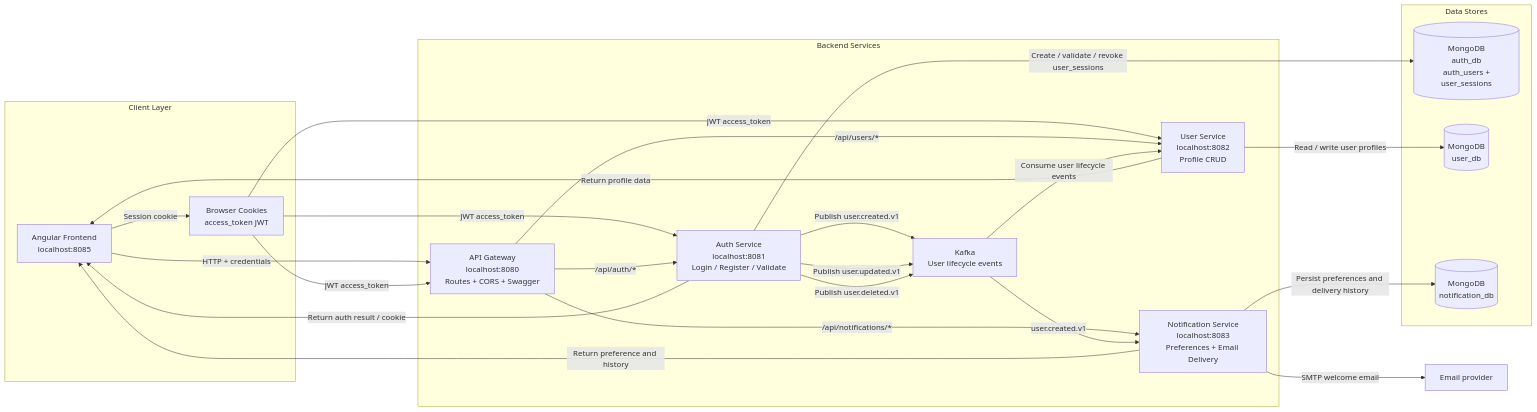
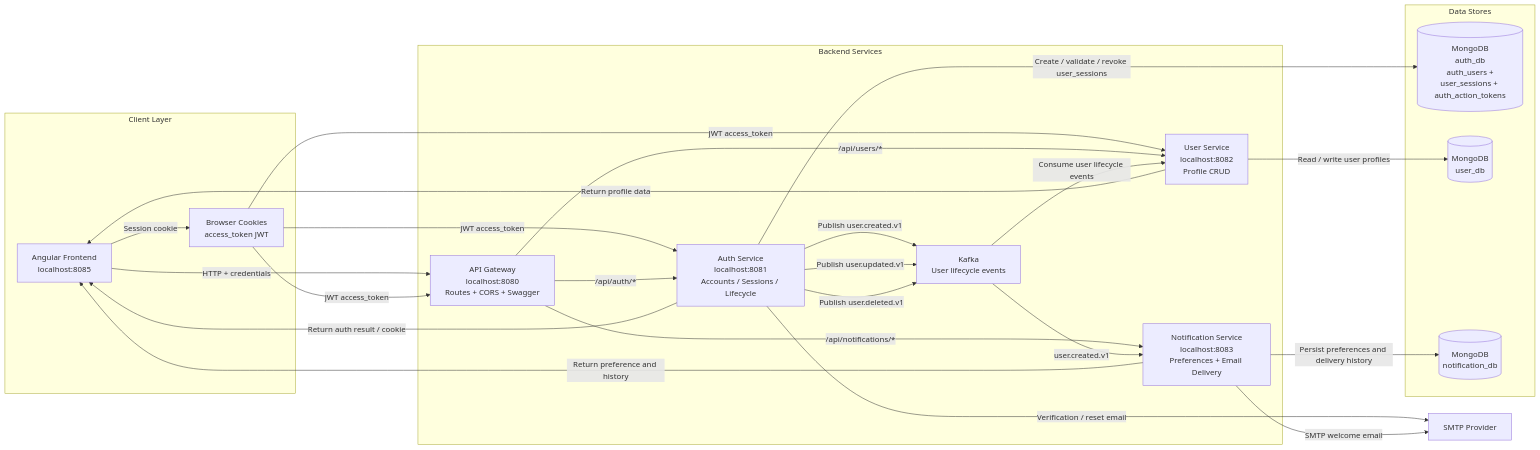
Before and after one commit to manish8561/identiy-hub-services: the first of 3 diagrams in architect.md, drawn with Mermaid. The commit also changed other lines of this file and 1 other file, not shown here.

First line of the commit message:
docs: document account lifecycle feature

````diff
--- a/architect.md
+++ b/architect.md
@@ -7,46 +7,47 @@
 ```mermaid
 flowchart LR
     subgraph Client[Client Layer]
         FE[Angular Frontend\nlocalhost:8085]
         BROWSER[Browser Cookies\naccess_token JWT]
     end
 
     subgraph Backend[Backend Services]
         GW[API Gateway\nlocalhost:8080\nRoutes + CORS + Swagger]
-        AS[Auth Service\nlocalhost:8081\nLogin / Register / Validate]
+        AS[Auth Service\nlocalhost:8081\nAccounts / Sessions / Lifecycle]
         US[User Service\nlocalhost:8082\nProfile CRUD]
         NS[Notification Service\nlocalhost:8083\nPreferences + Email Delivery]
         KAFKA[Kafka\nUser lifecycle events]
     end
 
     subgraph Data[Data Stores]
-        AUTHDB[(MongoDB\nauth_db\n auth_users + user_sessions)]
+        AUTHDB[(MongoDB\nauth_db\n auth_users + user_sessions + auth_action_tokens)]
         USERDB[(MongoDB\nuser_db)]
         NOTIFYDB[(MongoDB\nnotification_db)]
     end
 
     FE -->|HTTP + credentials| GW
     FE -->|Session cookie| BROWSER
     BROWSER -->|JWT access_token| GW
     BROWSER -->|JWT access_token| AS
     BROWSER -->|JWT access_token| US
 
     GW -->|/api/auth/*| AS
     GW -->|/api/users/*| US
     GW -->|/api/notifications/*| NS
 
     AS -->|Create / validate / revoke user_sessions| AUTHDB
     AS -->|Publish user.created.v1| KAFKA
     AS -->|Publish user.updated.v1| KAFKA
     AS -->|Publish user.deleted.v1| KAFKA
+    AS -->|Verification / reset email| SMTP[SMTP Provider]
 
     KAFKA -->|Consume user lifecycle events| US
     US -->|Read / write user profiles| USERDB
     KAFKA -->|user.created.v1| NS
     NS -->|Persist preferences and delivery history| NOTIFYDB
-    NS -->|SMTP welcome email| EMAIL[Email provider]
+    NS -->|SMTP welcome email| SMTP
 
     US -->|Return profile data| FE
     AS -->|Return auth result / cookie| FE
     NS -->|Return preference and history| FE
 ```
````
